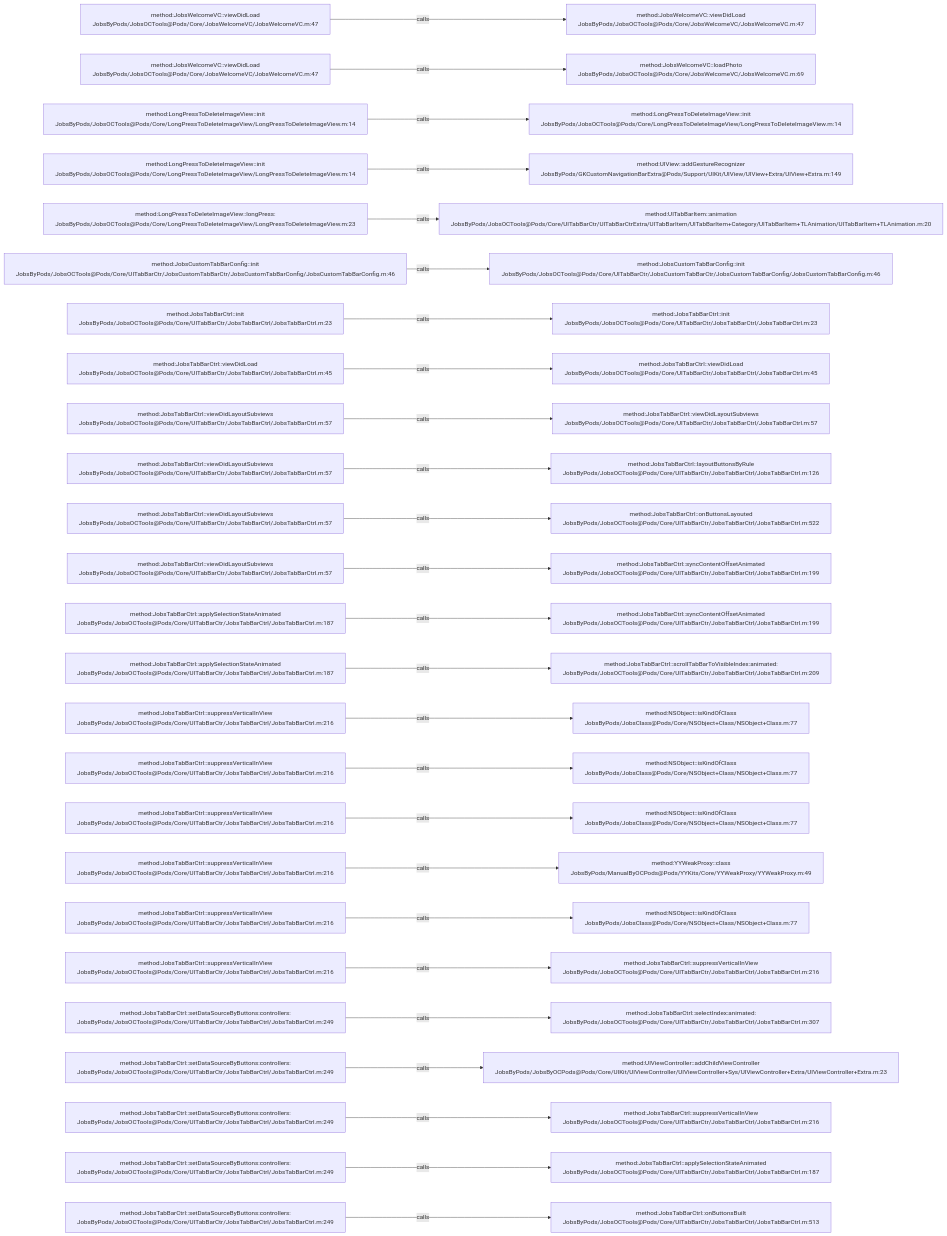
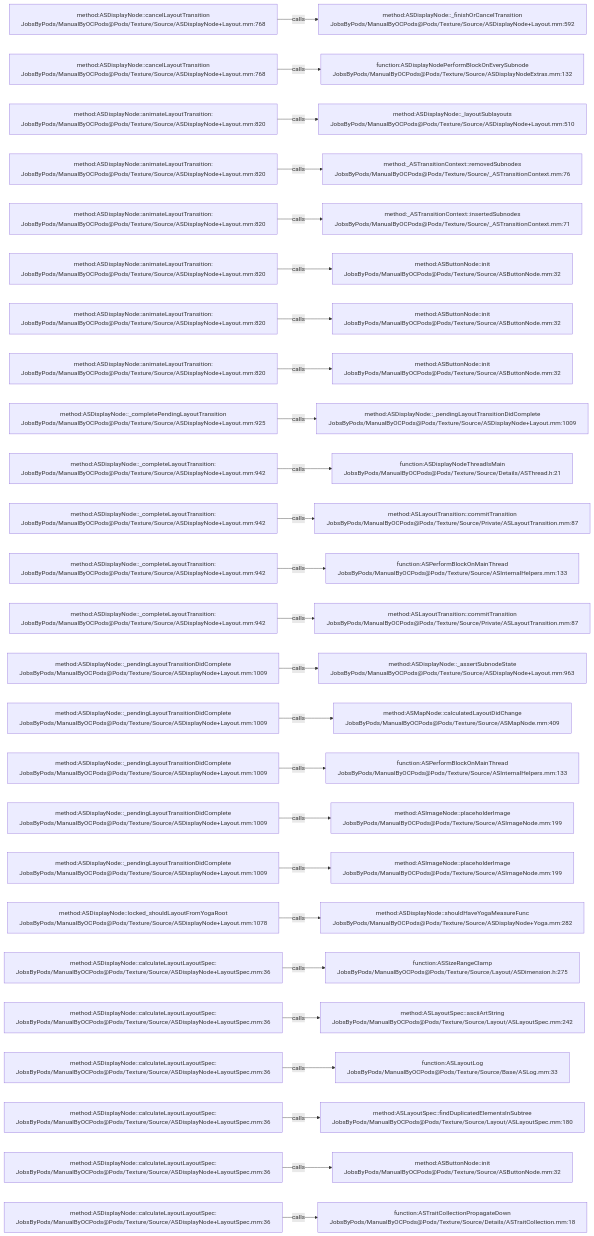
Before and after one commit to JobsKits/JobsOCBaseConfigDemo: the diagram in .codegraph/codegraph.md/graphs/calls-101.md, drawn with Mermaid. The commit also changed 2162 other files, not shown here.

````diff
--- a/.codegraph/codegraph.md/graphs/calls-101.md
+++ b/.codegraph/codegraph.md/graphs/calls-101.md
@@ -13,78 +13,78 @@
 ```mermaid
 flowchart LR
-  S1["method:JobsWelcomeVC::viewDidLoad<br/>JobsByPods/JobsOCTools@Pods/Core/JobsWelcomeVC/JobsWelcomeVC.m:47"]
-  T1["method:JobsWelcomeVC::viewDidLoad<br/>JobsByPods/JobsOCTools@Pods/Core/JobsWelcomeVC/JobsWelcomeVC.m:47"]
+  S1["method:ASDisplayNode::cancelLayoutTransition<br/>JobsByPods/ManualByOCPods@Pods/Texture/Source/ASDisplayNode+Layout.mm:768"]
+  T1["method:ASDisplayNode::_finishOrCancelTransition<br/>JobsByPods/ManualByOCPods@Pods/Texture/Source/ASDisplayNode+Layout.mm:592"]
   S1 -->|calls| T1
-  S2["method:JobsWelcomeVC::viewDidLoad<br/>JobsByPods/JobsOCTools@Pods/Core/JobsWelcomeVC/JobsWelcomeVC.m:47"]
-  T2["method:JobsWelcomeVC::loadPhoto<br/>JobsByPods/JobsOCTools@Pods/Core/JobsWelcomeVC/JobsWelcomeVC.m:69"]
+  S2["method:ASDisplayNode::cancelLayoutTransition<br/>JobsByPods/ManualByOCPods@Pods/Texture/Source/ASDisplayNode+Layout.mm:768"]
+  T2["function:ASDisplayNodePerformBlockOnEverySubnode<br/>JobsByPods/ManualByOCPods@Pods/Texture/Source/ASDisplayNodeExtras.mm:132"]
   S2 -->|calls| T2
-  S3["method:LongPressToDeleteImageView::init<br/>JobsByPods/JobsOCTools@Pods/Core/LongPressToDeleteImageView/LongPressToDeleteImageView.m:14"]
-  T3["method:LongPressToDeleteImageView::init<br/>JobsByPods/JobsOCTools@Pods/Core/LongPressToDeleteImageView/LongPressToDeleteImageView.m:14"]
+  S3["method:ASDisplayNode::animateLayoutTransition:<br/>JobsByPods/ManualByOCPods@Pods/Texture/Source/ASDisplayNode+Layout.mm:820"]
+  T3["method:ASDisplayNode::_layoutSublayouts<br/>JobsByPods/ManualByOCPods@Pods/Texture/Source/ASDisplayNode+Layout.mm:510"]
   S3 -->|calls| T3
-  S4["method:LongPressToDeleteImageView::init<br/>JobsByPods/JobsOCTools@Pods/Core/LongPressToDeleteImageView/LongPressToDeleteImageView.m:14"]
-  T4["method:UIView::addGestureRecognizer<br/>JobsByPods/GKCustomNavigationBarExtra@Pods/Support/UIKit/UIView/UIView+Extra/UIView+Extra.m:149"]
+  S4["method:ASDisplayNode::animateLayoutTransition:<br/>JobsByPods/ManualByOCPods@Pods/Texture/Source/ASDisplayNode+Layout.mm:820"]
+  T4["method:_ASTransitionContext::removedSubnodes<br/>JobsByPods/ManualByOCPods@Pods/Texture/Source/_ASTransitionContext.mm:76"]
   S4 -->|calls| T4
-  S5["method:LongPressToDeleteImageView::longPress:<br/>JobsByPods/JobsOCTools@Pods/Core/LongPressToDeleteImageView/LongPressToDeleteImageView.m:23"]
-  T5["method:UITabBarItem::animation<br/>JobsByPods/JobsOCTools@Pods/Core/UITabBarCtr/UITabBarCtrExtra/UITabBarItem/UITabBarItem+Category/UITabBarItem+TLAnimation/UITabBarItem+TLAnimation.m:20"]
+  S5["method:ASDisplayNode::animateLayoutTransition:<br/>JobsByPods/ManualByOCPods@Pods/Texture/Source/ASDisplayNode+Layout.mm:820"]
+  T5["method:_ASTransitionContext::insertedSubnodes<br/>JobsByPods/ManualByOCPods@Pods/Texture/Source/_ASTransitionContext.mm:71"]
   S5 -->|calls| T5
-  S6["method:JobsCustomTabBarConfig::init<br/>JobsByPods/JobsOCTools@Pods/Core/UITabBarCtr/JobsCustomTabBarCtr/JobsCustomTabBarConfig/JobsCustomTabBarConfig.m:46"]
-  T6["method:JobsCustomTabBarConfig::init<br/>JobsByPods/JobsOCTools@Pods/Core/UITabBarCtr/JobsCustomTabBarCtr/JobsCustomTabBarConfig/JobsCustomTabBarConfig.m:46"]
+  S6["method:ASDisplayNode::animateLayoutTransition:<br/>JobsByPods/ManualByOCPods@Pods/Texture/Source/ASDisplayNode+Layout.mm:820"]
+  T6["method:ASButtonNode::init<br/>JobsByPods/ManualByOCPods@Pods/Texture/Source/ASButtonNode.mm:32"]
   S6 -->|calls| T6
-  S7["method:JobsTabBarCtrl::init<br/>JobsByPods/JobsOCTools@Pods/Core/UITabBarCtr/JobsTabBarCtrl/JobsTabBarCtrl.m:23"]
-  T7["method:JobsTabBarCtrl::init<br/>JobsByPods/JobsOCTools@Pods/Core/UITabBarCtr/JobsTabBarCtrl/JobsTabBarCtrl.m:23"]
+  S7["method:ASDisplayNode::animateLayoutTransition:<br/>JobsByPods/ManualByOCPods@Pods/Texture/Source/ASDisplayNode+Layout.mm:820"]
+  T7["method:ASButtonNode::init<br/>JobsByPods/ManualByOCPods@Pods/Texture/Source/ASButtonNode.mm:32"]
   S7 -->|calls| T7
-  S8["method:JobsTabBarCtrl::viewDidLoad<br/>JobsByPods/JobsOCTools@Pods/Core/UITabBarCtr/JobsTabBarCtrl/JobsTabBarCtrl.m:45"]
-  T8["method:JobsTabBarCtrl::viewDidLoad<br/>JobsByPods/JobsOCTools@Pods/Core/UITabBarCtr/JobsTabBarCtrl/JobsTabBarCtrl.m:45"]
+  S8["method:ASDisplayNode::animateLayoutTransition:<br/>JobsByPods/ManualByOCPods@Pods/Texture/Source/ASDisplayNode+Layout.mm:820"]
+  T8["method:ASButtonNode::init<br/>JobsByPods/ManualByOCPods@Pods/Texture/Source/ASButtonNode.mm:32"]
   S8 -->|calls| T8
-  S9["method:JobsTabBarCtrl::viewDidLayoutSubviews<br/>JobsByPods/JobsOCTools@Pods/Core/UITabBarCtr/JobsTabBarCtrl/JobsTabBarCtrl.m:57"]
-  T9["method:JobsTabBarCtrl::viewDidLayoutSubviews<br/>JobsByPods/JobsOCTools@Pods/Core/UITabBarCtr/JobsTabBarCtrl/JobsTabBarCtrl.m:57"]
+  S9["method:ASDisplayNode::_completePendingLayoutTransition<br/>JobsByPods/ManualByOCPods@Pods/Texture/Source/ASDisplayNode+Layout.mm:925"]
+  T9["method:ASDisplayNode::_pendingLayoutTransitionDidComplete<br/>JobsByPods/ManualByOCPods@Pods/Texture/Source/ASDisplayNode+Layout.mm:1009"]
   S9 -->|calls| T9
-  S10["method:JobsTabBarCtrl::viewDidLayoutSubviews<br/>JobsByPods/JobsOCTools@Pods/Core/UITabBarCtr/JobsTabBarCtrl/JobsTabBarCtrl.m:57"]
-  T10["method:JobsTabBarCtrl::layoutButtonsByRule<br/>JobsByPods/JobsOCTools@Pods/Core/UITabBarCtr/JobsTabBarCtrl/JobsTabBarCtrl.m:126"]
+  S10["method:ASDisplayNode::_completeLayoutTransition:<br/>JobsByPods/ManualByOCPods@Pods/Texture/Source/ASDisplayNode+Layout.mm:942"]
+  T10["function:ASDisplayNodeThreadIsMain<br/>JobsByPods/ManualByOCPods@Pods/Texture/Source/Details/ASThread.h:21"]
   S10 -->|calls| T10
-  S11["method:JobsTabBarCtrl::viewDidLayoutSubviews<br/>JobsByPods/JobsOCTools@Pods/Core/UITabBarCtr/JobsTabBarCtrl/JobsTabBarCtrl.m:57"]
-  T11["method:JobsTabBarCtrl::onButtonsLayouted<br/>JobsByPods/JobsOCTools@Pods/Core/UITabBarCtr/JobsTabBarCtrl/JobsTabBarCtrl.m:522"]
+  S11["method:ASDisplayNode::_completeLayoutTransition:<br/>JobsByPods/ManualByOCPods@Pods/Texture/Source/ASDisplayNode+Layout.mm:942"]
+  T11["method:ASLayoutTransition::commitTransition<br/>JobsByPods/ManualByOCPods@Pods/Texture/Source/Private/ASLayoutTransition.mm:87"]
   S11 -->|calls| T11
-  S12["method:JobsTabBarCtrl::viewDidLayoutSubviews<br/>JobsByPods/JobsOCTools@Pods/Core/UITabBarCtr/JobsTabBarCtrl/JobsTabBarCtrl.m:57"]
-  T12["method:JobsTabBarCtrl::syncContentOffsetAnimated<br/>JobsByPods/JobsOCTools@Pods/Core/UITabBarCtr/JobsTabBarCtrl/JobsTabBarCtrl.m:199"]
+  S12["method:ASDisplayNode::_completeLayoutTransition:<br/>JobsByPods/ManualByOCPods@Pods/Texture/Source/ASDisplayNode+Layout.mm:942"]
+  T12["function:ASPerformBlockOnMainThread<br/>JobsByPods/ManualByOCPods@Pods/Texture/Source/ASInternalHelpers.mm:133"]
   S12 -->|calls| T12
-  S13["method:JobsTabBarCtrl::applySelectionStateAnimated<br/>JobsByPods/JobsOCTools@Pods/Core/UITabBarCtr/JobsTabBarCtrl/JobsTabBarCtrl.m:187"]
-  T13["method:JobsTabBarCtrl::syncContentOffsetAnimated<br/>JobsByPods/JobsOCTools@Pods/Core/UITabBarCtr/JobsTabBarCtrl/JobsTabBarCtrl.m:199"]
+  S13["method:ASDisplayNode::_completeLayoutTransition:<br/>JobsByPods/ManualByOCPods@Pods/Texture/Source/ASDisplayNode+Layout.mm:942"]
+  T13["method:ASLayoutTransition::commitTransition<br/>JobsByPods/ManualByOCPods@Pods/Texture/Source/Private/ASLayoutTransition.mm:87"]
   S13 -->|calls| T13
-  S14["method:JobsTabBarCtrl::applySelectionStateAnimated<br/>JobsByPods/JobsOCTools@Pods/Core/UITabBarCtr/JobsTabBarCtrl/JobsTabBarCtrl.m:187"]
-  T14["method:JobsTabBarCtrl::scrollTabBarToVisibleIndex:animated:<br/>JobsByPods/JobsOCTools@Pods/Core/UITabBarCtr/JobsTabBarCtrl/JobsTabBarCtrl.m:209"]
+  S14["method:ASDisplayNode::_pendingLayoutTransitionDidComplete<br/>JobsByPods/ManualByOCPods@Pods/Texture/Source/ASDisplayNode+Layout.mm:1009"]
+  T14["method:ASDisplayNode::_assertSubnodeState<br/>JobsByPods/ManualByOCPods@Pods/Texture/Source/ASDisplayNode+Layout.mm:963"]
   S14 -->|calls| T14
-  S15["method:JobsTabBarCtrl::suppressVerticalInView<br/>JobsByPods/JobsOCTools@Pods/Core/UITabBarCtr/JobsTabBarCtrl/JobsTabBarCtrl.m:216"]
-  T15["method:NSObject::isKindOfClass<br/>JobsByPods/JobsClass@Pods/Core/NSObject+Class/NSObject+Class.m:77"]
+  S15["method:ASDisplayNode::_pendingLayoutTransitionDidComplete<br/>JobsByPods/ManualByOCPods@Pods/Texture/Source/ASDisplayNode+Layout.mm:1009"]
+  T15["method:ASMapNode::calculatedLayoutDidChange<br/>JobsByPods/ManualByOCPods@Pods/Texture/Source/ASMapNode.mm:409"]
   S15 -->|calls| T15
-  S16["method:JobsTabBarCtrl::suppressVerticalInView<br/>JobsByPods/JobsOCTools@Pods/Core/UITabBarCtr/JobsTabBarCtrl/JobsTabBarCtrl.m:216"]
-  T16["method:NSObject::isKindOfClass<br/>JobsByPods/JobsClass@Pods/Core/NSObject+Class/NSObject+Class.m:77"]
+  S16["method:ASDisplayNode::_pendingLayoutTransitionDidComplete<br/>JobsByPods/ManualByOCPods@Pods/Texture/Source/ASDisplayNode+Layout.mm:1009"]
+  T16["function:ASPerformBlockOnMainThread<br/>JobsByPods/ManualByOCPods@Pods/Texture/Source/ASInternalHelpers.mm:133"]
   S16 -->|calls| T16
-  S17["method:JobsTabBarCtrl::suppressVerticalInView<br/>JobsByPods/JobsOCTools@Pods/Core/UITabBarCtr/JobsTabBarCtrl/JobsTabBarCtrl.m:216"]
-  T17["method:NSObject::isKindOfClass<br/>JobsByPods/JobsClass@Pods/Core/NSObject+Class/NSObject+Class.m:77"]
+  S17["method:ASDisplayNode::_pendingLayoutTransitionDidComplete<br/>JobsByPods/ManualByOCPods@Pods/Texture/Source/ASDisplayNode+Layout.mm:1009"]
+  T17["method:ASImageNode::placeholderImage<br/>JobsByPods/ManualByOCPods@Pods/Texture/Source/ASImageNode.mm:199"]
   S17 -->|calls| T17
-  S18["method:JobsTabBarCtrl::suppressVerticalInView<br/>JobsByPods/JobsOCTools@Pods/Core/UITabBarCtr/JobsTabBarCtrl/JobsTabBarCtrl.m:216"]
-  T18["method:YYWeakProxy::class<br/>JobsByPods/ManualByOCPods@Pods/YYKits/Core/YYWeakProxy/YYWeakProxy.m:49"]
+  S18["method:ASDisplayNode::_pendingLayoutTransitionDidComplete<br/>JobsByPods/ManualByOCPods@Pods/Texture/Source/ASDisplayNode+Layout.mm:1009"]
+  T18["method:ASImageNode::placeholderImage<br/>JobsByPods/ManualByOCPods@Pods/Texture/Source/ASImageNode.mm:199"]
   S18 -->|calls| T18
-  S19["method:JobsTabBarCtrl::suppressVerticalInView<br/>JobsByPods/JobsOCTools@Pods/Core/UITabBarCtr/JobsTabBarCtrl/JobsTabBarCtrl.m:216"]
-  T19["method:NSObject::isKindOfClass<br/>JobsByPods/JobsClass@Pods/Core/NSObject+Class/NSObject+Class.m:77"]
+  S19["method:ASDisplayNode::locked_shouldLayoutFromYogaRoot<br/>JobsByPods/ManualByOCPods@Pods/Texture/Source/ASDisplayNode+Layout.mm:1078"]
+  T19["method:ASDisplayNode::shouldHaveYogaMeasureFunc<br/>JobsByPods/ManualByOCPods@Pods/Texture/Source/ASDisplayNode+Yoga.mm:282"]
   S19 -->|calls| T19
-  S20["method:JobsTabBarCtrl::suppressVerticalInView<br/>JobsByPods/JobsOCTools@Pods/Core/UITabBarCtr/JobsTabBarCtrl/JobsTabBarCtrl.m:216"]
-  T20["method:JobsTabBarCtrl::suppressVerticalInView<br/>JobsByPods/JobsOCTools@Pods/Core/UITabBarCtr/JobsTabBarCtrl/JobsTabBarCtrl.m:216"]
+  S20["method:ASDisplayNode::calculateLayoutLayoutSpec:<br/>JobsByPods/ManualByOCPods@Pods/Texture/Source/ASDisplayNode+LayoutSpec.mm:36"]
+  T20["function:ASSizeRangeClamp<br/>JobsByPods/ManualByOCPods@Pods/Texture/Source/Layout/ASDimension.h:275"]
   S20 -->|calls| T20
-  S21["method:JobsTabBarCtrl::setDataSourceByButtons:controllers:<br/>JobsByPods/JobsOCTools@Pods/Core/UITabBarCtr/JobsTabBarCtrl/JobsTabBarCtrl.m:249"]
-  T21["method:JobsTabBarCtrl::selectIndex:animated:<br/>JobsByPods/JobsOCTools@Pods/Core/UITabBarCtr/JobsTabBarCtrl/JobsTabBarCtrl.m:307"]
+  S21["method:ASDisplayNode::calculateLayoutLayoutSpec:<br/>JobsByPods/ManualByOCPods@Pods/Texture/Source/ASDisplayNode+LayoutSpec.mm:36"]
+  T21["method:ASLayoutSpec::asciiArtString<br/>JobsByPods/ManualByOCPods@Pods/Texture/Source/Layout/ASLayoutSpec.mm:242"]
   S21 -->|calls| T21
-  S22["method:JobsTabBarCtrl::setDataSourceByButtons:controllers:<br/>JobsByPods/JobsOCTools@Pods/Core/UITabBarCtr/JobsTabBarCtrl/JobsTabBarCtrl.m:249"]
-  T22["method:UIViewController::addChildViewController<br/>JobsByPods/JobsByOCPods@Pods/Core/UIKit/UIViewController/UIViewController+Sys/UIViewController+Extra/UIViewController+Extra.m:23"]
+  S22["method:ASDisplayNode::calculateLayoutLayoutSpec:<br/>JobsByPods/ManualByOCPods@Pods/Texture/Source/ASDisplayNode+LayoutSpec.mm:36"]
+  T22["function:ASLayoutLog<br/>JobsByPods/ManualByOCPods@Pods/Texture/Source/Base/ASLog.mm:33"]
   S22 -->|calls| T22
-  S23["method:JobsTabBarCtrl::setDataSourceByButtons:controllers:<br/>JobsByPods/JobsOCTools@Pods/Core/UITabBarCtr/JobsTabBarCtrl/JobsTabBarCtrl.m:249"]
-  T23["method:JobsTabBarCtrl::suppressVerticalInView<br/>JobsByPods/JobsOCTools@Pods/Core/UITabBarCtr/JobsTabBarCtrl/JobsTabBarCtrl.m:216"]
+  S23["method:ASDisplayNode::calculateLayoutLayoutSpec:<br/>JobsByPods/ManualByOCPods@Pods/Texture/Source/ASDisplayNode+LayoutSpec.mm:36"]
+  T23["method:ASLayoutSpec::findDuplicatedElementsInSubtree<br/>JobsByPods/ManualByOCPods@Pods/Texture/Source/Layout/ASLayoutSpec.mm:180"]
   S23 -->|calls| T23
-  S24["method:JobsTabBarCtrl::setDataSourceByButtons:controllers:<br/>JobsByPods/JobsOCTools@Pods/Core/UITabBarCtr/JobsTabBarCtrl/JobsTabBarCtrl.m:249"]
-  T24["method:JobsTabBarCtrl::applySelectionStateAnimated<br/>JobsByPods/JobsOCTools@Pods/Core/UITabBarCtr/JobsTabBarCtrl/JobsTabBarCtrl.m:187"]
+  S24["method:ASDisplayNode::calculateLayoutLayoutSpec:<br/>JobsByPods/ManualByOCPods@Pods/Texture/Source/ASDisplayNode+LayoutSpec.mm:36"]
+  T24["method:ASButtonNode::init<br/>JobsByPods/ManualByOCPods@Pods/Texture/Source/ASButtonNode.mm:32"]
   S24 -->|calls| T24
-  S25["method:JobsTabBarCtrl::setDataSourceByButtons:controllers:<br/>JobsByPods/JobsOCTools@Pods/Core/UITabBarCtr/JobsTabBarCtrl/JobsTabBarCtrl.m:249"]
-  T25["method:JobsTabBarCtrl::onButtonsBuilt<br/>JobsByPods/JobsOCTools@Pods/Core/UITabBarCtr/JobsTabBarCtrl/JobsTabBarCtrl.m:513"]
+  S25["method:ASDisplayNode::calculateLayoutLayoutSpec:<br/>JobsByPods/ManualByOCPods@Pods/Texture/Source/ASDisplayNode+LayoutSpec.mm:36"]
+  T25["function:ASTraitCollectionPropagateDown<br/>JobsByPods/ManualByOCPods@Pods/Texture/Source/Details/ASTraitCollection.mm:18"]
   S25 -->|calls| T25
 ```
````
